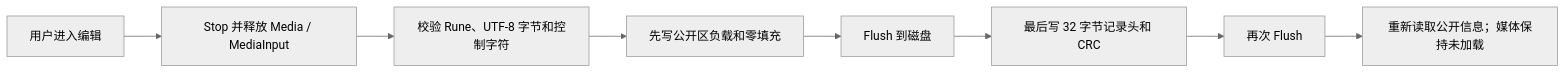
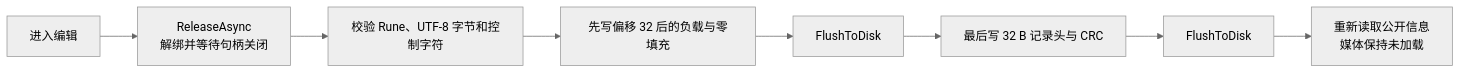
Before and after one commit to crownclowngx/avalonia_dock_simple_test: the sixth of 6 diagrams in Plugins/MySmallTools/MySmallTools/docs/secret-video-player/architecture-design.md, drawn with Mermaid (neutral theme). The commit also changed other lines of this file and 3 other files, not shown here.

````diff
--- a/Plugins/MySmallTools/MySmallTools/docs/secret-video-player/architecture-design.md
+++ b/Plugins/MySmallTools/MySmallTools/docs/secret-video-player/architecture-design.md
@@ -228,10 +248,10 @@
 ```mermaid
 flowchart LR
-    Edit["用户进入编辑"] --> Cleanup["Stop 并释放 Media / MediaInput"]
-    Cleanup --> Build["校验 Rune、UTF-8 字节和控制字符"]
-    Build --> Payload["先写公开区负载和零填充"]
-    Payload --> Flush1["Flush 到磁盘"]
-    Flush1 --> Record["最后写 32 字节记录头和 CRC"]
-    Record --> Flush2["再次 Flush"]
-    Flush2 --> Reload["重新读取公开信息；媒体保持未加载"]
+    Edit["进入编辑"] --> Release["ReleaseAsync<br/>解绑并等待句柄关闭"]
+    Release --> Validate["校验 Rune、UTF-8 字节和控制字符"]
+    Validate --> Payload["先写偏移 32 后的负载与零填充"]
+    Payload --> Flush1["FlushToDisk"]
+    Flush1 --> Header["最后写 32 B 记录头与 CRC"]
+    Header --> Flush2["FlushToDisk"]
+    Flush2 --> ReadBack["重新读取公开信息<br/>媒体保持未加载"]
 ```
````
